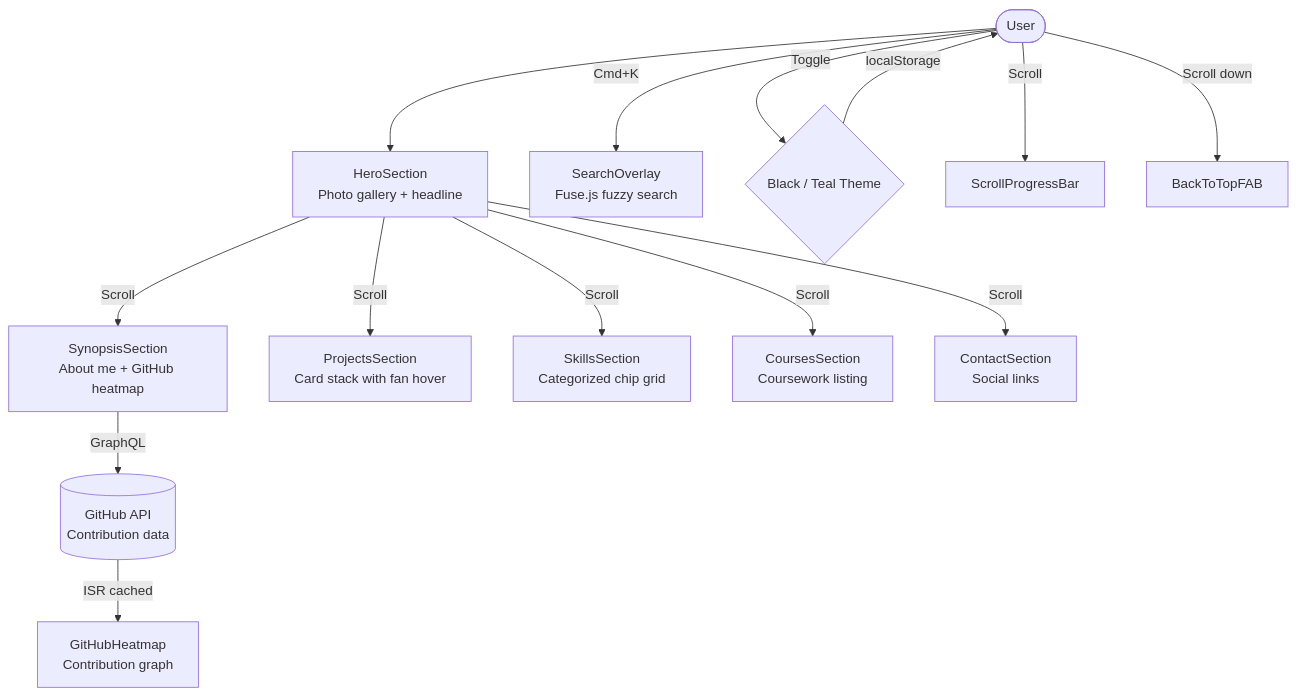
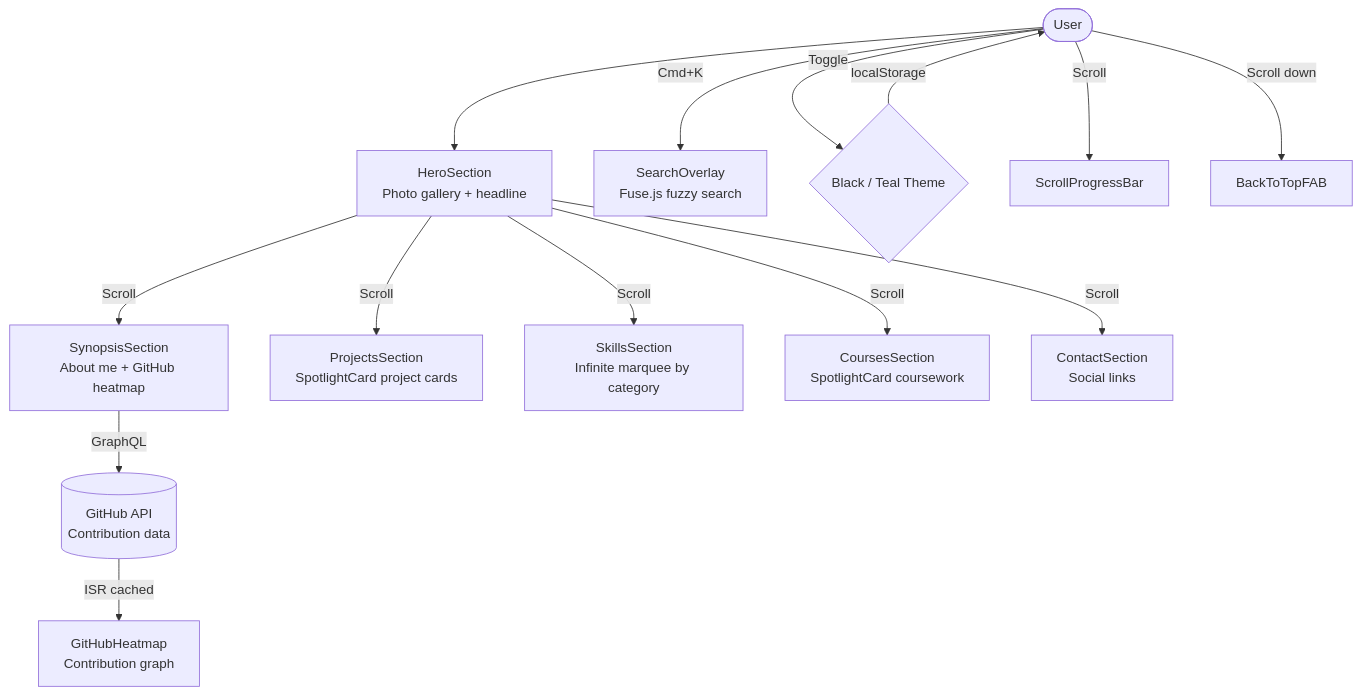
Before and after one commit to hoangngo-sudo/portfolio: the first of 2 diagrams in README.md, drawn with Mermaid. The commit also changed other lines of this file, not shown here.

````diff
--- a/README.md
+++ b/README.md
@@ -7,20 +7,20 @@
 ```mermaid
 flowchart TB
     USER([User]) --> HERO["HeroSection<br/>Photo gallery + headline"]
     HERO --> |Scroll| SYNOPSIS["SynopsisSection<br/>About me + GitHub heatmap"]
-    HERO --> |Scroll| PROJECTS["ProjectsSection<br/>Card stack with fan hover"]
-    HERO --> |Scroll| SKILLS["SkillsSection<br/>Categorized chip grid"]
-    HERO --> |Scroll| COURSES["CoursesSection<br/>Coursework listing"]
+    HERO --> |Scroll| PROJECTS["ProjectsSection<br/>SpotlightCard project cards"]
+    HERO --> |Scroll| SKILLS["SkillsSection<br/>Infinite marquee by category"]
+    HERO --> |Scroll| COURSES["CoursesSection<br/>SpotlightCard coursework"]
     HERO --> |Scroll| CONTACT["ContactSection<br/>Social links"]
 
     USER --> |Cmd+K| SEARCH["SearchOverlay<br/>Fuse.js fuzzy search"]
 
     SYNOPSIS --> |GraphQL| GITHUB[("GitHub API<br/>Contribution data")]
     GITHUB --> |ISR cached| HEATMAP["GitHubHeatmap<br/>Contribution graph"]
 
     USER --> |Toggle| THEME{"Black / Teal Theme"}
     THEME --> |localStorage| USER
 
     USER --> |Scroll| PROGRESS["ScrollProgressBar"]
     USER --> |Scroll down| FAB["BackToTopFAB"]
 ```
````
